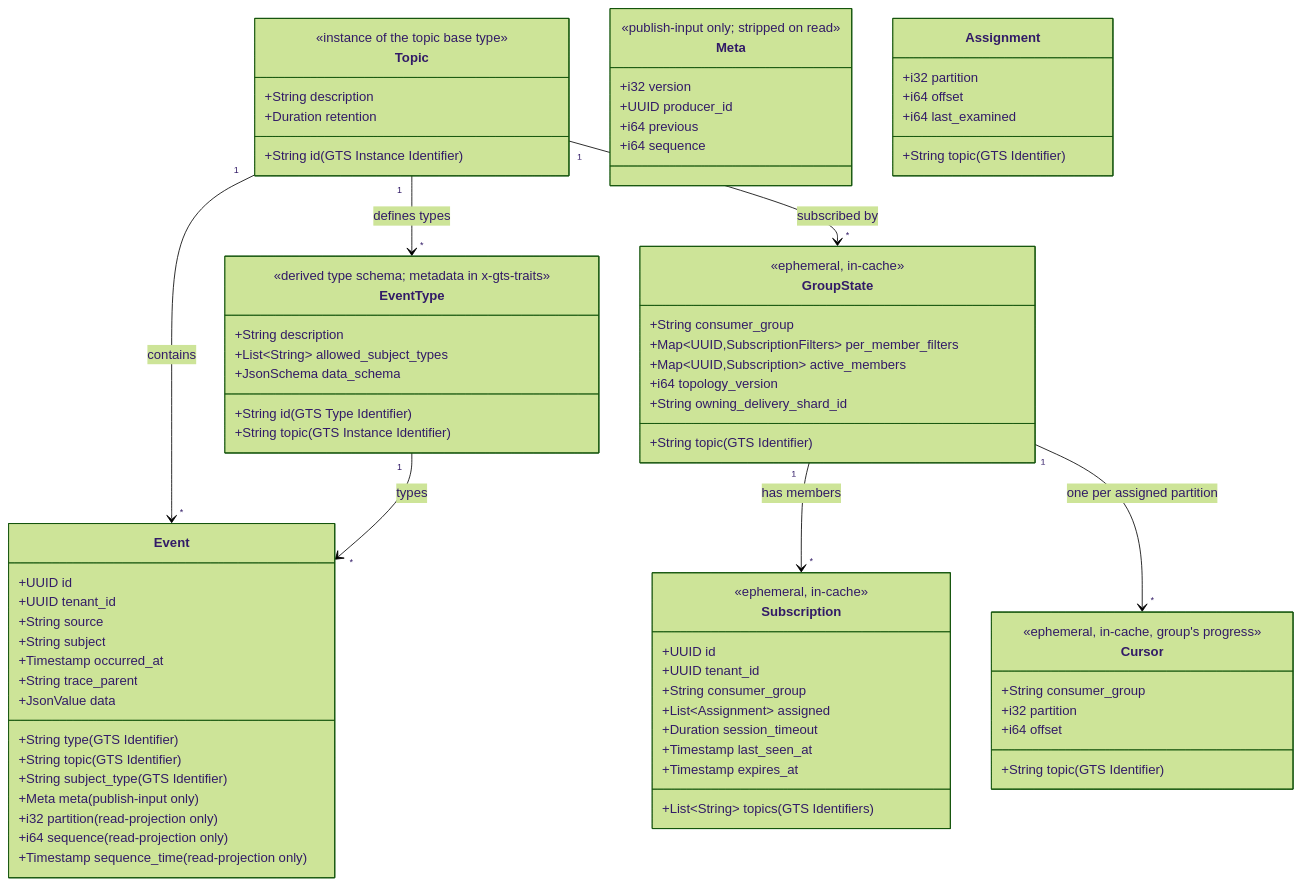
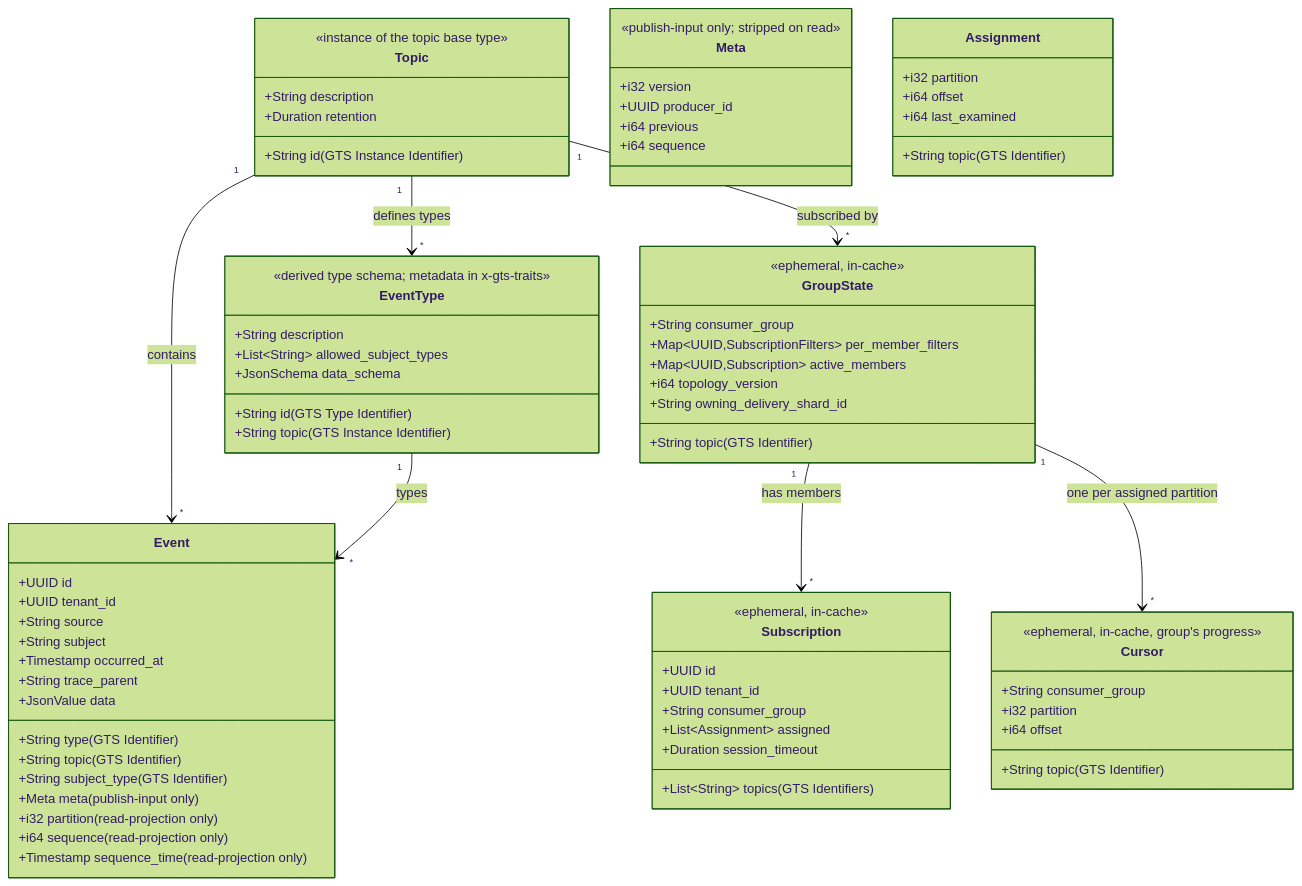
One commit to constructorfabric/gears-rust changed the third of 5 diagrams in gears/system/event-broker/docs/DESIGN.md. Above: the diagram before and after it, drawn with Mermaid (forest theme). The commit also changed other lines of this file and 39 other files, not shown here.

````diff
--- a/gears/system/event-broker/docs/DESIGN.md
+++ b/gears/system/event-broker/docs/DESIGN.md
@@ -244,80 +244,78 @@
 ```mermaid
 classDiagram
     class Topic {
         <<instance of the topic base type>>
         +String id (GTS Instance Identifier)
         +String description
         +Duration retention
     }
     class EventType {
         <<derived type schema; metadata in x-gts-traits>>
         +String id (GTS Type Identifier)
         +String description
         +String topic (GTS Instance Identifier)
         +List~String~ allowed_subject_types
         +JsonSchema data_schema
     }
     class Event {
         +UUID id
         +String type (GTS Identifier)
         +String topic (GTS Identifier)
         +UUID tenant_id
         +String source
         +String subject
         +String subject_type (GTS Identifier)
         +Timestamp occurred_at
         +String trace_parent
         +JsonValue data
         +Meta meta (publish-input only)
         +i32 partition (read-projection only)
         +i64 sequence (read-projection only)
         +Timestamp sequence_time (read-projection only)
     }
     class Meta {
         <<publish-input only; stripped on read>>
         +i32 version
         +UUID producer_id
         +i64 previous
         +i64 sequence
     }
     class Subscription {
         <<ephemeral, in-cache>>
         +UUID id
         +UUID tenant_id
         +String consumer_group
         +List~String~ topics (GTS Identifiers)
         +List~Assignment~ assigned
         +Duration session_timeout
-        +Timestamp last_seen_at
-        +Timestamp expires_at
     }
     class Assignment {
         +String topic (GTS Identifier)
         +i32 partition
         +i64 offset
         +i64 last_examined
     }
     class GroupState {
         <<ephemeral, in-cache>>
         +String consumer_group
         +String topic (GTS Identifier)
         +Map~UUID,SubscriptionFilters~ per_member_filters
         +Map~UUID,Subscription~ active_members
         +i64 topology_version
         +String owning_delivery_shard_id
     }
     class Cursor {
         <<ephemeral, in-cache, group's progress>>
         +String topic (GTS Identifier)
         +String consumer_group
         +i32 partition
         +i64 offset
     }
 
     Topic "1" --> "*" EventType : defines types
     Topic "1" --> "*" Event : contains
     EventType "1" --> "*" Event : types
     Topic "1" --> "*" GroupState : subscribed by
     GroupState "1" --> "*" Subscription : has members
     GroupState "1" --> "*" Cursor : one per assigned partition
 ```
````
